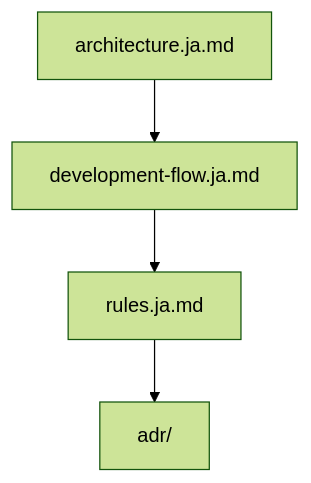
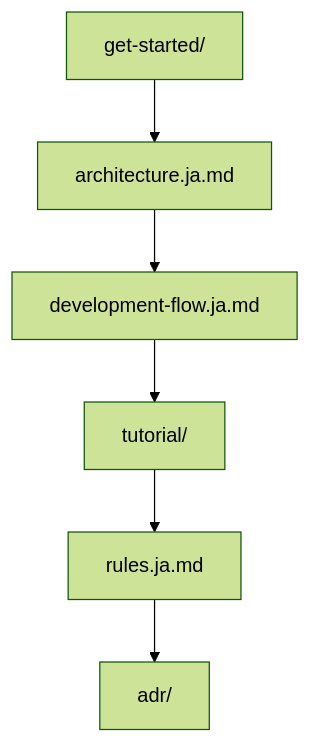
The first of 7 diagrams in docs/ja/index.ja.md (Tomy-ch/go-boilerplate), drawn with Mermaid (forest theme) before and after one commit. The commit also changed other lines of this file and 1 other file, not shown here.

````diff
--- a/docs/ja/index.ja.md
+++ b/docs/ja/index.ja.md
@@ -24,4 +46,4 @@
 ```mermaid
 flowchart TB
-    A["architecture.ja.md"] --> B["development-flow.ja.md"] --> C["rules.ja.md"] --> D["adr/"]
+    A["get-started/"] --> B["architecture.ja.md"] --> C["development-flow.ja.md"] --> D["tutorial/"] --> E["rules.ja.md"] --> F["adr/"]
 ```
````
